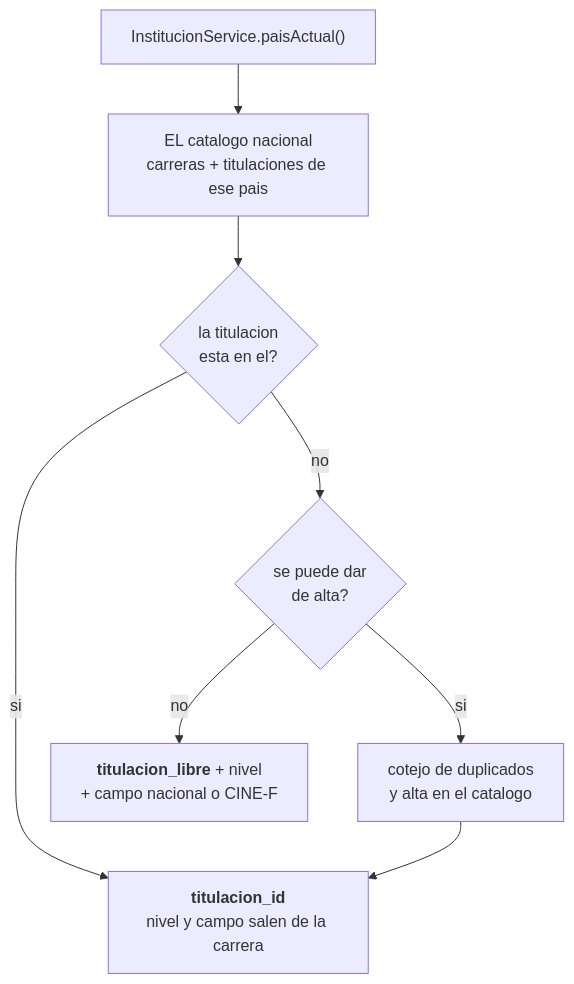
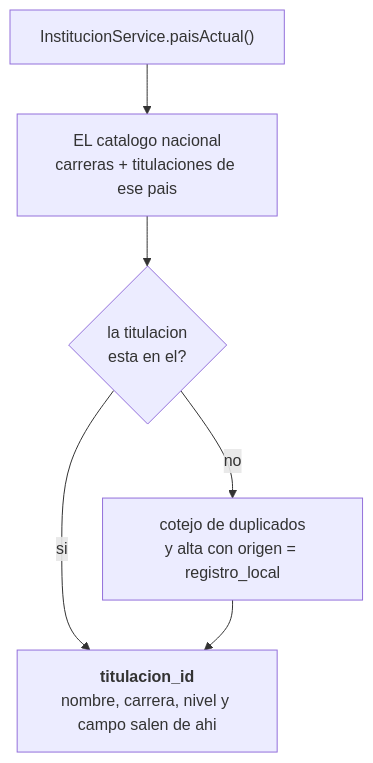
The seventh of 8 diagrams in docs/src/content/docs/complemento/expediente.md (fresvel/deasy), drawn with Mermaid before and after one commit. The commit also changed other lines of this file and 1 other file, not shown here.

First line of the commit message:
docs(expediente): fuera el texto libre, una sola relacion a la norma, y el subtipo bien dibujado

````diff
--- a/docs/src/content/docs/complemento/expediente.md
+++ b/docs/src/content/docs/complemento/expediente.md
@@ -509,10 +511,8 @@
 ```mermaid
 flowchart TB
   I["InstitucionService.paisActual()"] --> C["EL catalogo nacional<br/>carreras + titulaciones de ese pais"]
   C --> Q{"la titulacion<br/>esta en el?"}
-  Q -->|si| A["<b>titulacion_id</b><br/>nivel y campo salen de la carrera"]
-  Q -->|no| N{"se puede dar<br/>de alta?"}
-  N -->|si| D["cotejo de duplicados<br/>y alta en el catalogo"]
-  N -->|no| L["<b>titulacion_libre</b> + nivel<br/>+ campo nacional o CINE-F"]
+  Q -->|si| A["<b>titulacion_id</b><br/>nombre, carrera, nivel y campo salen de ahi"]
+  Q -->|no| D["cotejo de duplicados<br/>y alta con origen = registro_local"]
   D --> A
 ```
````
